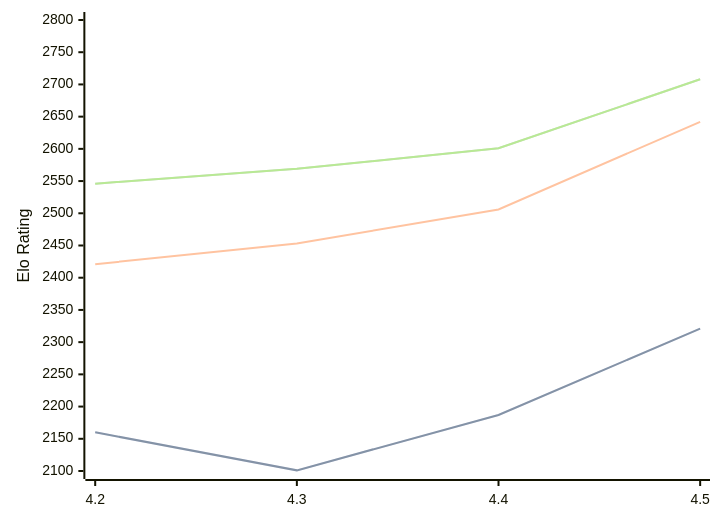
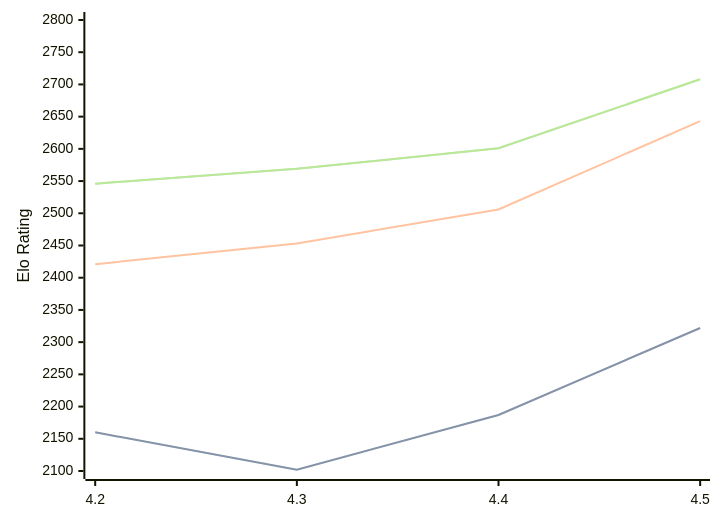
One commit to computer-chess-index/cci changed the diagram in engines/Eubos.md. Above: the diagram before and after it, drawn with Mermaid. The commit also changed other lines of this file, not shown here.

````diff
--- a/engines/Eubos.md
+++ b/engines/Eubos.md
@@ -34,11 +34,11 @@
 ```mermaid
 %%{init: {"theme":"base","themeVariables":{"seriesColors:['#a3a3a3','#222221','#faa371']}}}%%
 xychart-beta
   x-axis ["4.2", "4.3", "4.4", "4.5"]
   y-axis "Elo Rating" 2100 --> 2800
-  line "" [2160, 2101, 2187, 2321]
-  line "STC (8.0+0.08s)" [2160, 2101, 2187, 2321]
-  line "LTC (60.0+0.60s)" [2421, 2453, 2506, 2642]
+  line "" [2160, 2102, 2187, 2322]
+  line "STC (8.0+0.08s)" [2160, 2102, 2187, 2322]
+  line "LTC (60.0+0.60s)" [2421, 2453, 2506, 2643]
   line "" [2546, 2569, 2601, 2708]
   line "VLTC (2m24s+1.12s)" [2546, 2569, 2601, 2708]
 ```
````
